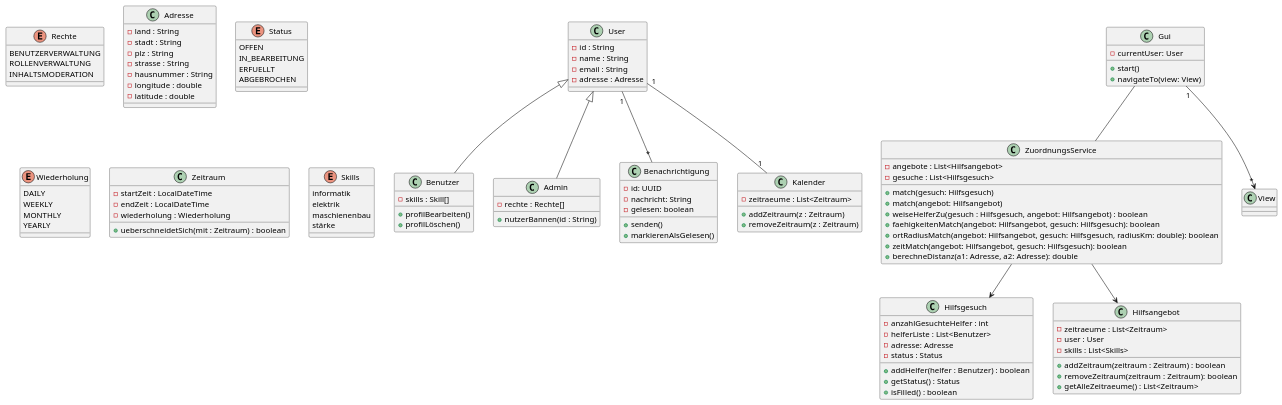
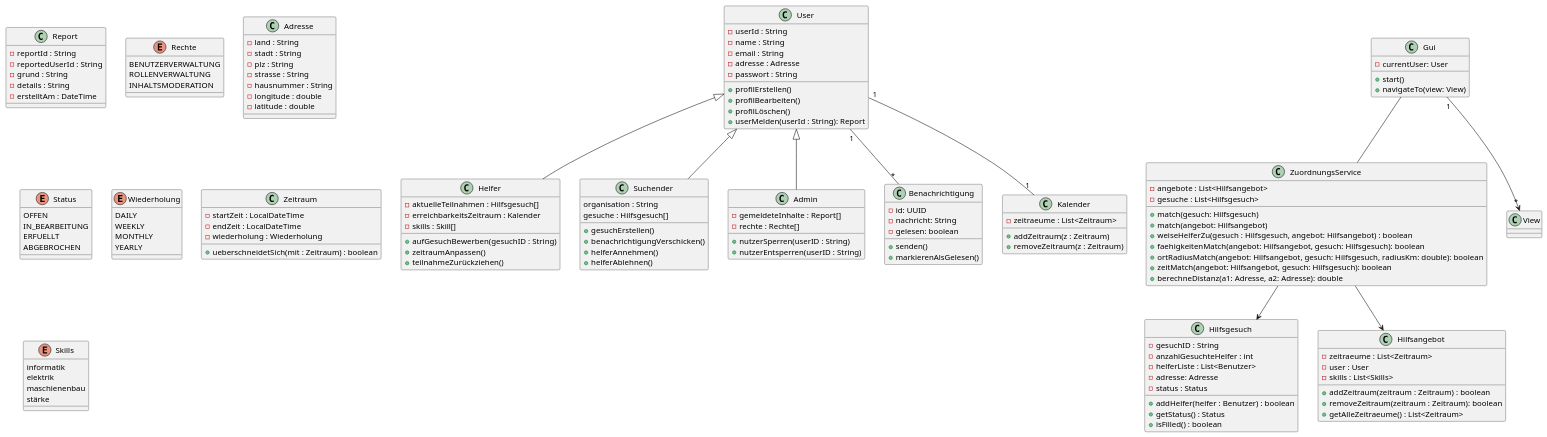
The diagram in Klassendiagramm.puml (pxrzivaldev/TeamProjektUML), drawn with PlantUML before and after one commit.

Commit message:
UserAngepasst+Report

```diff
--- a/Klassendiagramm.puml
+++ b/Klassendiagramm.puml
@@ -1,127 +1,156 @@
 @startuml
 
 class User {
-  - id : String
+  - userId : String
   - name : String
   - email : String
   - adresse : Adresse
+  - passwort : String
+  + profilErstellen()
+  + profilBearbeiten()
+  + profilLöschen()
+  + userMelden(userId : String): Report
 }
 
-class Benutzer {
-- skills : Skill[]
-+ profilBearbeiten()
-+ profilLöschen()
+class Helfer {
+  - aktuelleTeilnahmen : Hilfsgesuch[]
+  - erreichbarkeitsZeitraum : Kalender
+  - skills : Skill[]
+  + aufGesuchBewerben(gesuchID : String)
+  + zeitraumAnpassen()
+  + teilnahmeZurückziehen()
+}
+
+class Suchender {
+  organisation : String
+  gesuche : Hilfsgesuch[]
+  + gesuchErstellen()
+  + benachrichtigungVerschicken()
+  + helferAnnehmen()
+  + helferAblehnen()
 }
 
 class Admin {
-- rechte : Rechte[]
-+ nutzerBannen(id : String)
+  - gemeldeteInhalte : Report[]
+  - rechte : Rechte[]
+  + nutzerSperren(userID : String)
+  + nutzerEntsperren(userID : String)
+}
+
+class Report {
+  - reportId : String
+  - reportedUserId : String
+  - grund : String
+  - details : String
+  - erstelltAm : DateTime
 }
 
 enum Rechte {
   BENUTZERVERWALTUNG
   ROLLENVERWALTUNG
   INHALTSMODERATION
 }
 
-User <|-- Benutzer
+User <|-- Helfer
+User <|-- Suchender
 User <|-- Admin
 
 class Adresse {
   - land : String
   - stadt : String
   - plz : String
   - strasse : String
   - hausnummer : String
   - longitude : double
   - latitude : double
 }
 
 enum Status {
   OFFEN
   IN_BEARBEITUNG
   ERFUELLT
   ABGEBROCHEN
 }
 
 class Hilfsgesuch {
+  - gesuchID : String
   - anzahlGesuchteHelfer : int
   - helferListe : List<Benutzer>
   - adresse: Adresse
   - status : Status
   + addHelfer(helfer : Benutzer) : boolean
   + getStatus() : Status
   + isFilled() : boolean
 }
 
 class Hilfsangebot {
   - zeitraeume : List<Zeitraum>
   - user : User
   - skills : List<Skills>
   + addZeitraum(zeitraum : Zeitraum) : boolean
   + removeZeitraum(zeitraum : Zeitraum): boolean
   + getAlleZeitraeume() : List<Zeitraum>
 }
 
 enum Wiederholung {
   DAILY
   WEEKLY
   MONTHLY
   YEARLY
 }
 
 class Zeitraum {
   - startZeit : LocalDateTime
   - endZeit : LocalDateTime
   - wiederholung : Wiederholung
   + ueberschneidetSich(mit : Zeitraum) : boolean
 }
 
 enum Skills {
   informatik
   elektrik
   maschienenbau
   stärke
 }
 
 class Benachrichtigung {
   - id: UUID
   - nachricht: String
   - gelesen: boolean
   + senden()
   + markierenAlsGelesen()
 }
 
 class Kalender {
   - zeitraeume : List<Zeitraum>
   + addZeitraum(z : Zeitraum)
   + removeZeitraum(z : Zeitraum)
 }
 
 User "1" -- "1" Kalender
 User "1" -- "*" Benachrichtigung
 
 class Gui {
   - currentUser: User
   + start()
   + navigateTo(view: View)
 }
 
 class ZuordnungsService {
   - angebote : List<Hilfsangebot>
   - gesuche : List<Hilfsgesuch>
   + match(gesuch: Hilfsgesuch)
   + match(angebot: Hilfsangebot)
   + weiseHelferZu(gesuch : Hilfsgesuch, angebot: Hilfsangebot) : boolean
   + faehigkeitenMatch(angebot: Hilfsangebot, gesuch: Hilfsgesuch): boolean
   + ortRadiusMatch(angebot: Hilfsangebot, gesuch: Hilfsgesuch, radiusKm: double): boolean
   + zeitMatch(angebot: Hilfsangebot, gesuch: Hilfsgesuch): boolean
   + berechneDistanz(a1: Adresse, a2: Adresse): double
 }
 
 Gui -- ZuordnungsService
 ZuordnungsService --> Hilfsgesuch
 ZuordnungsService --> Hilfsangebot
 Gui "1" --> "*" View
 
 @enduml
```
